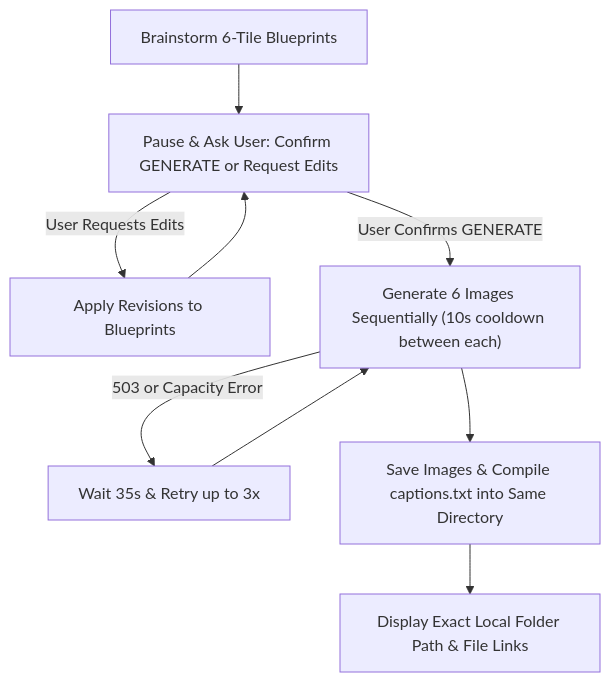
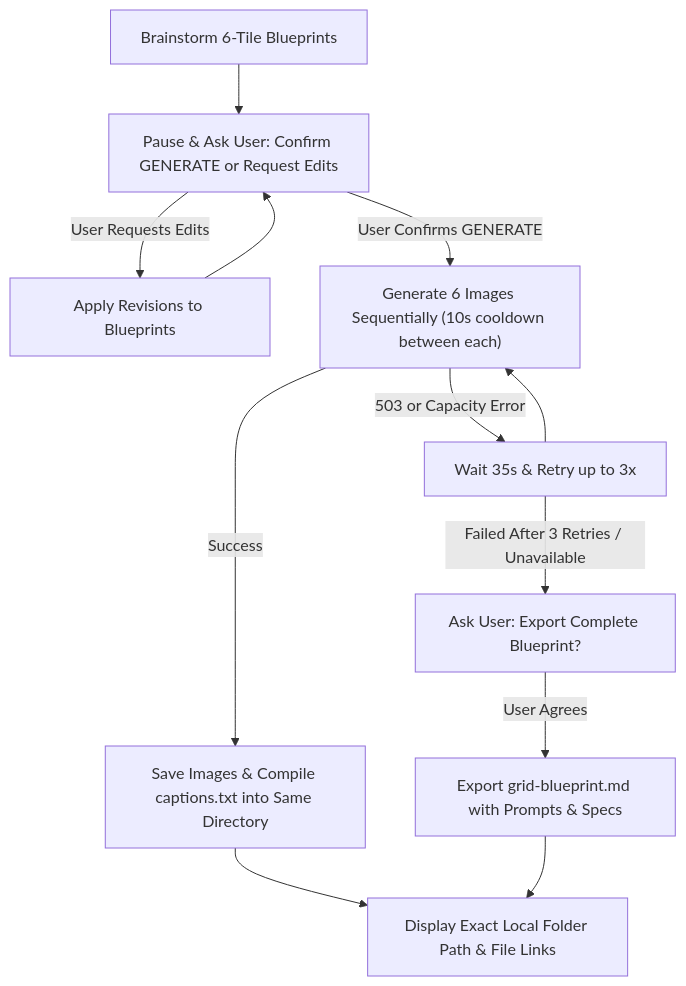
The diagram in README.md (fryawhd-ctrl/ig-grid-brainstorm), drawn with Mermaid before and after one commit. The commit also changed other lines of this file and 1 other file, not shown here.

Commit message:
Add graceful fallback export for grid-blueprint.md when image generation fails

````diff
--- a/README.md
+++ b/README.md
@@ -32,11 +32,14 @@
 ```mermaid
 flowchart TD
     A["Brainstorm 6-Tile Blueprints"] --> B["Pause & Ask User: Confirm GENERATE or Request Edits"]
     B -->|User Requests Edits| C["Apply Revisions to Blueprints"]
     C --> B
     B -->|User Confirms GENERATE| D["Generate 6 Images Sequentially (10s cooldown between each)"]
     D -->|503 or Capacity Error| R["Wait 35s & Retry up to 3x"]
     R --> D
-    D --> E["Save Images & Compile captions.txt into Same Directory"]
+    D -->|Success| E["Save Images & Compile captions.txt into Same Directory"]
     E --> F["Display Exact Local Folder Path & File Links"]
+    R -->|Failed After 3 Retries / Unavailable| G["Ask User: Export Complete Blueprint?"]
+    G -->|User Agrees| H["Export grid-blueprint.md with Prompts & Specs"]
+    H --> F
 ```
````
